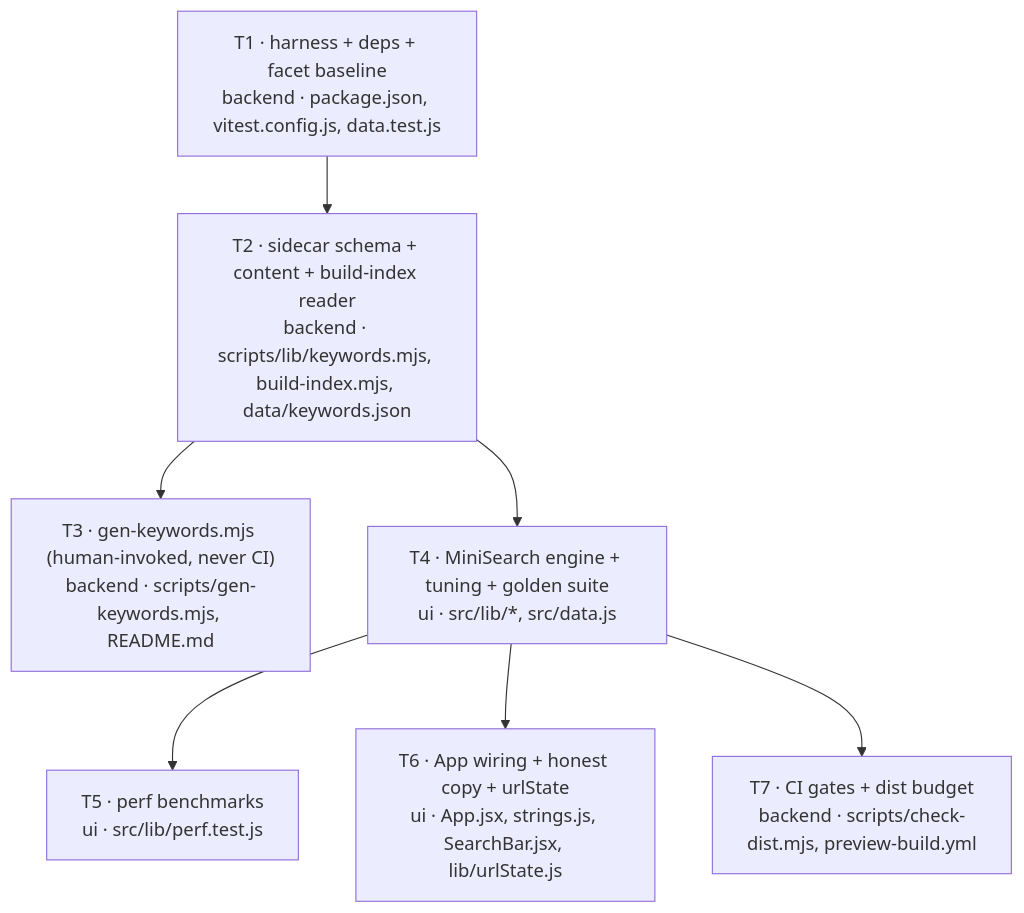
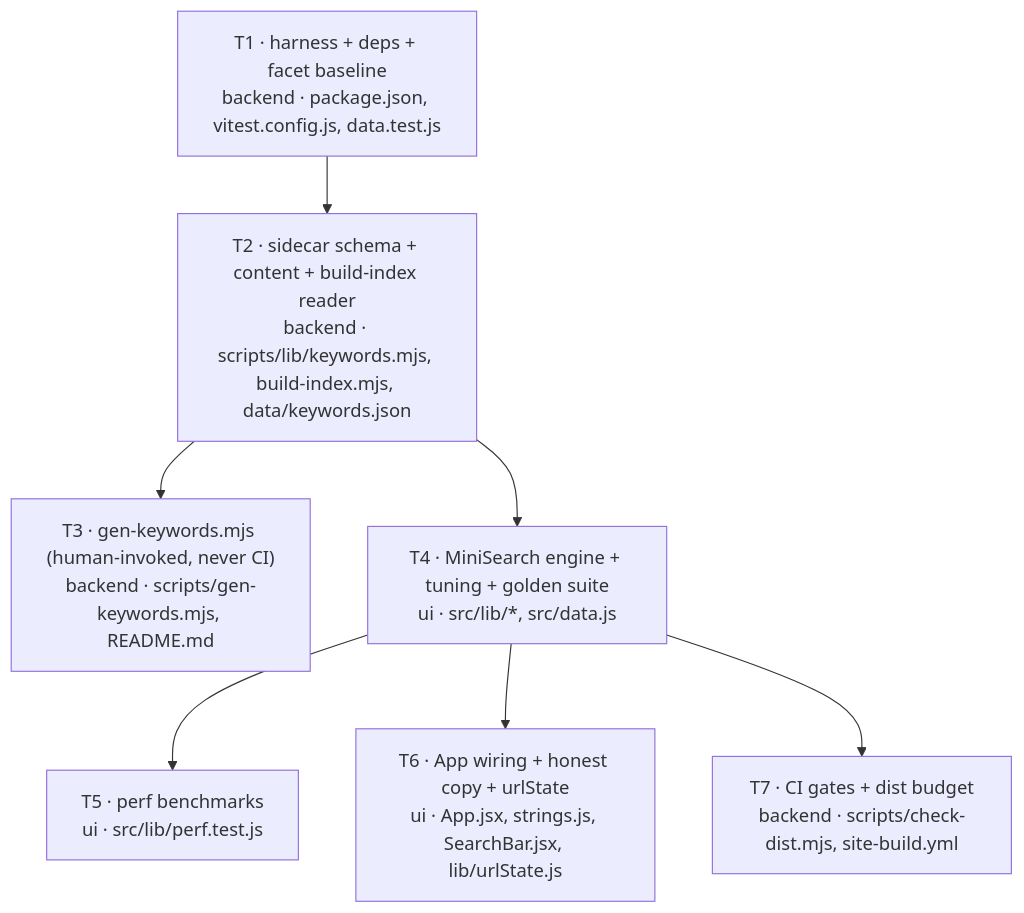
The diagram in plans/PLAN-01-lexical-search-and-keyword-index.md (RostK/my-monkeys), drawn with Mermaid before and after one commit. The commit also changed other lines of this file and 61 other files, not shown here.

First line of the commit message:
refactor: rename preview/ to site/ (#10)

````diff
--- a/plans/PLAN-01-lexical-search-and-keyword-index.md
+++ b/plans/PLAN-01-lexical-search-and-keyword-index.md
@@ -356,13 +356,13 @@
 ```mermaid
 graph TD
   T1["T1 · harness + deps + facet baseline<br/>backend · package.json, vitest.config.js, data.test.js"] --> T2
   T2["T2 · sidecar schema + content + build-index reader<br/>backend · scripts/lib/keywords.mjs, build-index.mjs, data/keywords.json"] --> T3
   T2 --> T4
   T3["T3 · gen-keywords.mjs (human-invoked, never CI)<br/>backend · scripts/gen-keywords.mjs, README.md"]
   T4["T4 · MiniSearch engine + tuning + golden suite<br/>ui · src/lib/*, src/data.js"] --> T5
   T4 --> T6
   T4 --> T7
   T5["T5 · perf benchmarks<br/>ui · src/lib/perf.test.js"]
   T6["T6 · App wiring + honest copy + urlState<br/>ui · App.jsx, strings.js, SearchBar.jsx, lib/urlState.js"]
-  T7["T7 · CI gates + dist budget<br/>backend · scripts/check-dist.mjs, preview-build.yml"]
+  T7["T7 · CI gates + dist budget<br/>backend · scripts/check-dist.mjs, site-build.yml"]
 ```
````
